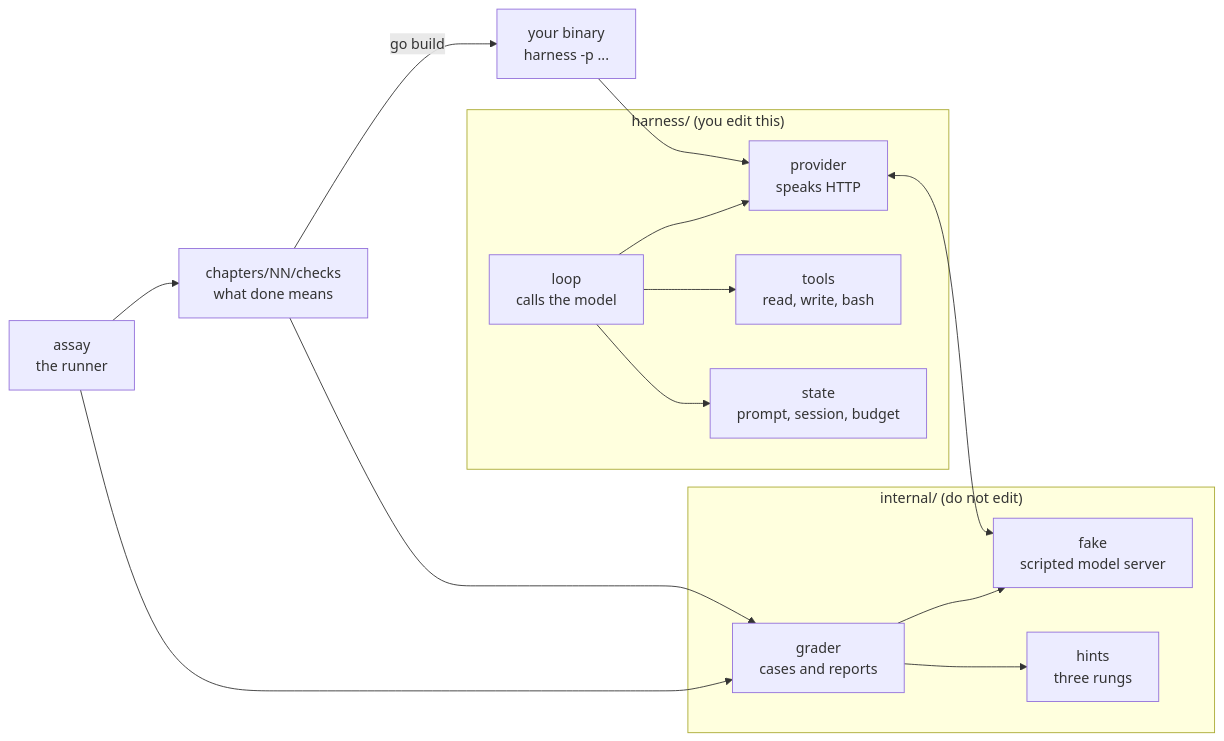
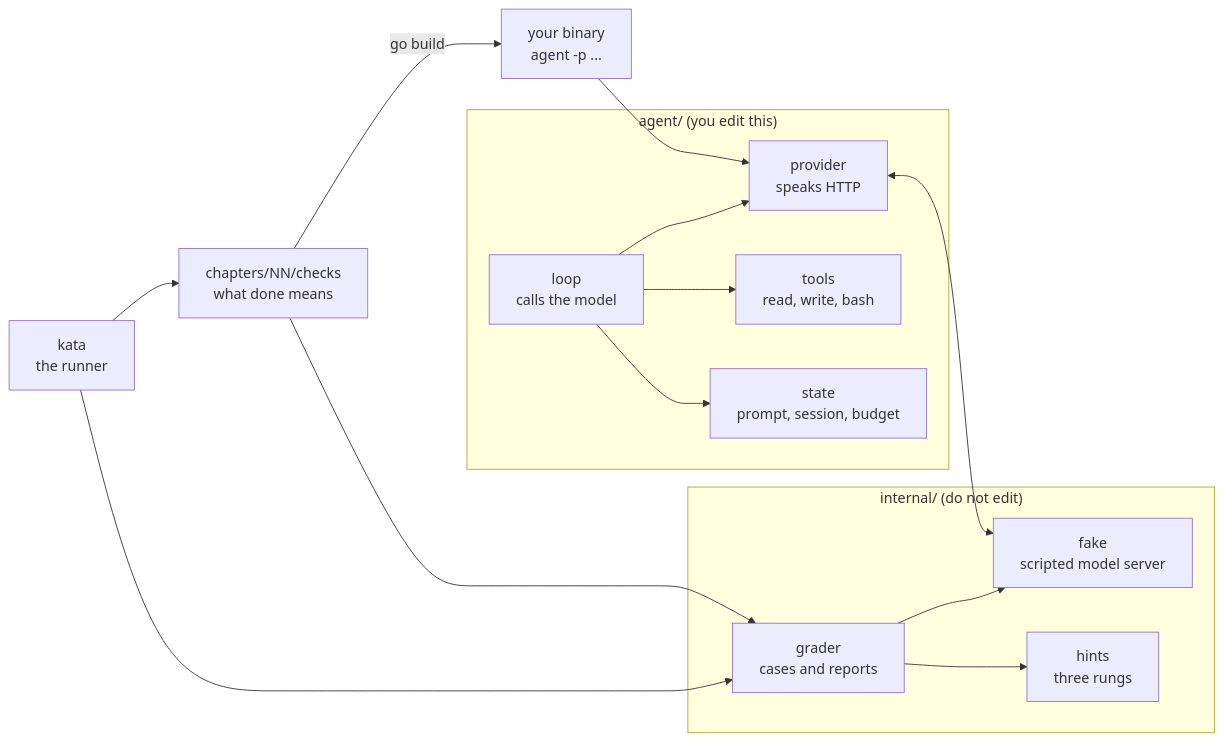
One commit to theakhandpatel/kata changed the first of 5 diagrams in docs/architecture.md. Above: the diagram before and after it, drawn with Mermaid. The commit also changed other lines of this file and 32 other files, not shown here.

````diff
--- a/docs/architecture.md
+++ b/docs/architecture.md
@@ -7,31 +7,31 @@
 ```mermaid
 flowchart LR
-    subgraph yours["harness/ (you edit this)"]
+    subgraph yours["agent/ (you edit this)"]
         P["provider<br/>speaks HTTP"]
         T["tools<br/>read, write, bash"]
         L["loop<br/>calls the model"]
         S["state<br/>prompt, session, budget"]
     end
 
     subgraph grader["internal/ (do not edit)"]
         F["fake<br/>scripted model server"]
         G["grader<br/>cases and reports"]
         H["hints<br/>three rungs"]
     end
 
     C["chapters/NN/checks<br/>what done means"]
-    CLI["assay<br/>the runner"]
-    BIN["your binary<br/>harness -p ..."]
+    CLI["kata<br/>the runner"]
+    BIN["your binary<br/>agent -p ..."]
 
     C -->|"go build"| BIN
     BIN --> P
     L --> P
     L --> T
     L --> S
     P <--> F
     C --> G
     G --> F
     CLI --> C
     CLI --> G
     G --> H
 ```
````
